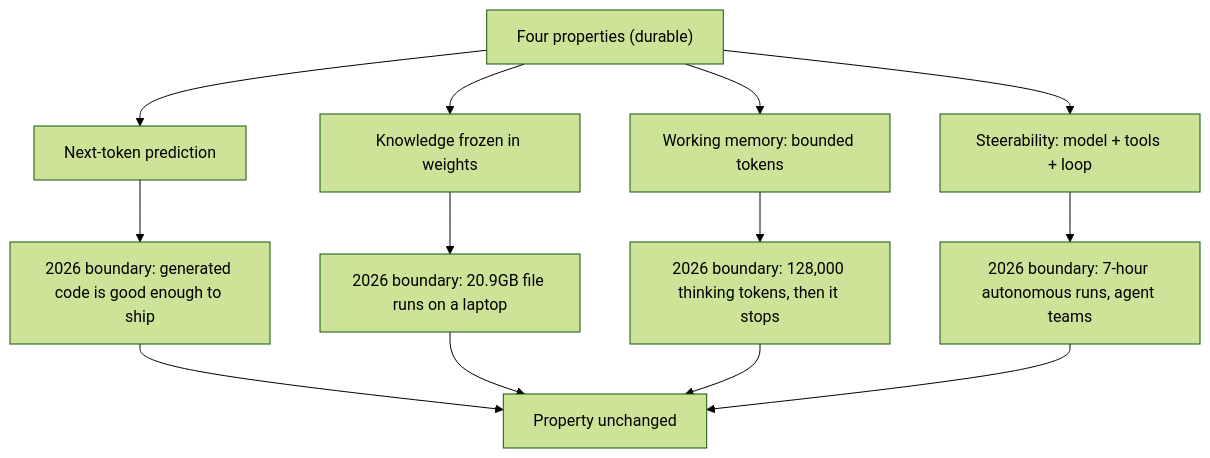
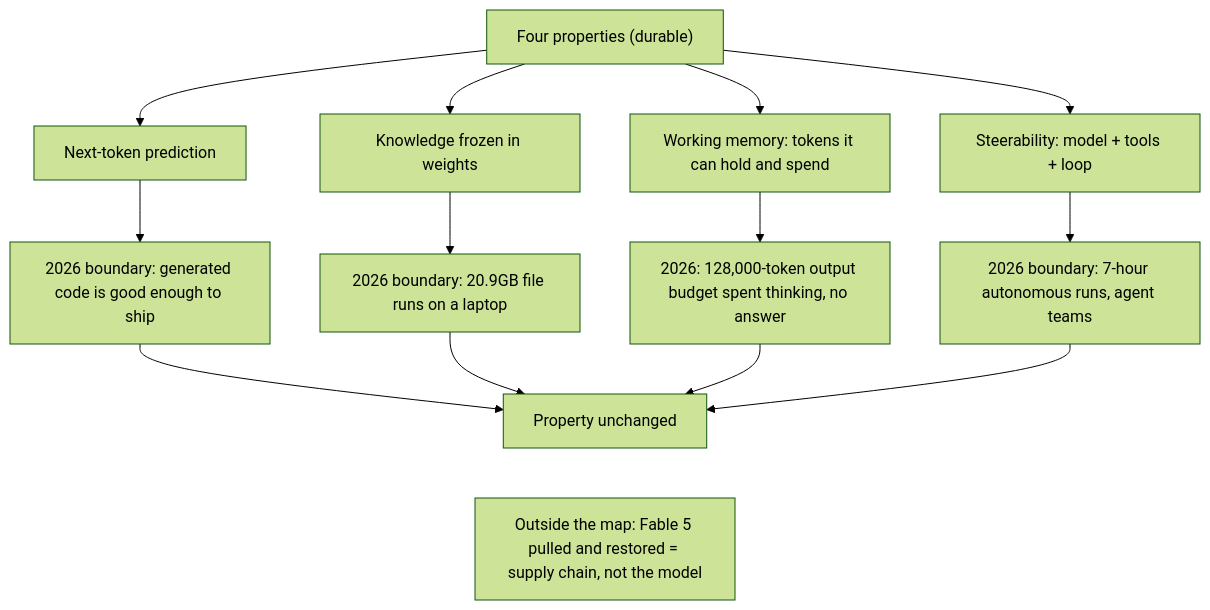
The diagram in dojo/lessons/assets/2026-10-12-2-3.mmd (yurii-mysak/scala-training-docs), drawn with Mermaid (forest theme) before and after one commit. The commit also changed 44 other files, not shown here.

First line of the commit message:
dojo: reviewer fixes (legible top-down diagrams, log axes, reproducible timings, licence and citation corrections); asset map tracks content hashes

```diff
--- a/dojo/lessons/assets/2026-10-12-2-3.mmd
+++ b/dojo/lessons/assets/2026-10-12-2-3.mmd
@@ -1,13 +1,14 @@
 flowchart TD
   A["Four properties (durable)"] --> B["Next-token prediction"]
   A --> C["Knowledge frozen in weights"]
-  A --> D["Working memory: bounded tokens"]
+  A --> D["Working memory: tokens it can hold and spend"]
   A --> E["Steerability: model + tools + loop"]
   B --> B1["2026 boundary: generated code is good enough to ship"]
   C --> C1["2026 boundary: 20.9GB file runs on a laptop"]
-  D --> D1["2026 boundary: 128,000 thinking tokens, then it stops"]
+  D --> D1["2026: 128,000-token output budget spent thinking, no answer"]
   E --> E1["2026 boundary: 7-hour autonomous runs, agent teams"]
   B1 --> F["Property unchanged"]
   C1 --> F
   D1 --> F
   E1 --> F
+  F ~~~ O["Outside the map: Fable 5 pulled and restored = supply chain, not the model"]
```
